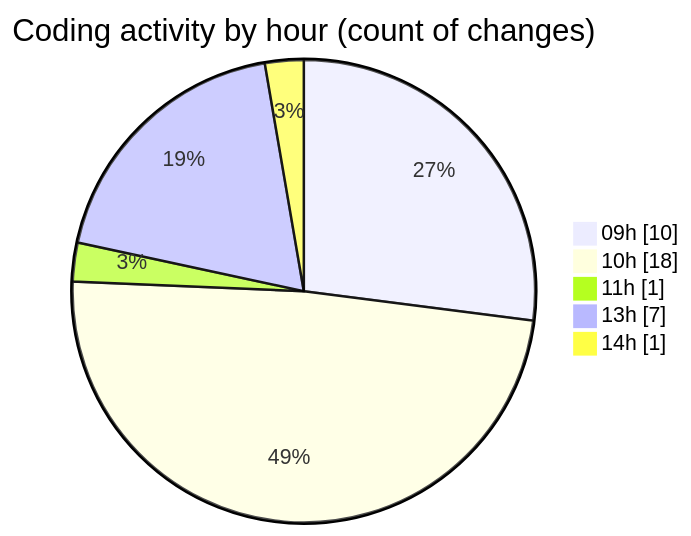
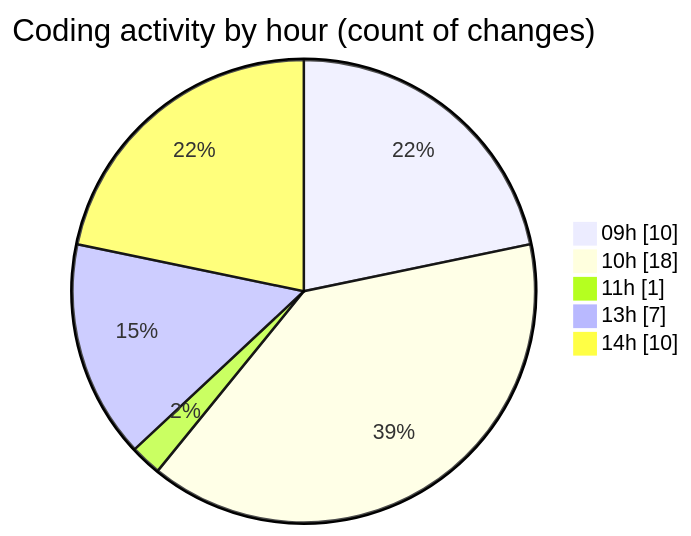
Before and after one commit to nxtqubesakshisongat/code-tracking: the second of 2 diagrams in 2026-04-06/airfeed-analytics-dashboard/README.md, drawn with Mermaid. The commit also changed other lines of this file and 1 other file, not shown here.

````diff
--- a/2026-04-06/airfeed-analytics-dashboard/README.md
+++ b/2026-04-06/airfeed-analytics-dashboard/README.md
@@ -41,9 +42,9 @@
 ```mermaid
 pie showData
 title Coding activity by hour (count of changes)
 "09h" : 10
 "10h" : 18
 "11h" : 1
 "13h" : 7
-"14h" : 1
+"14h" : 10
 ```
````
